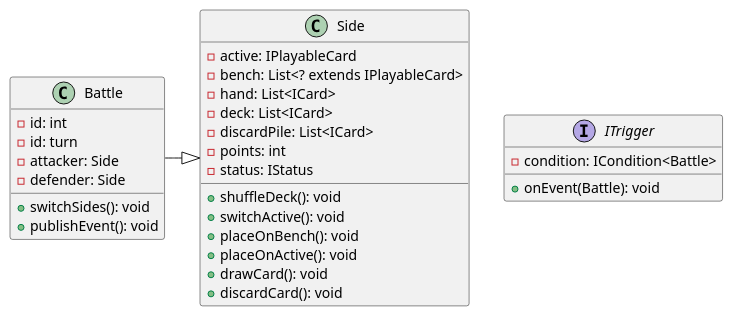
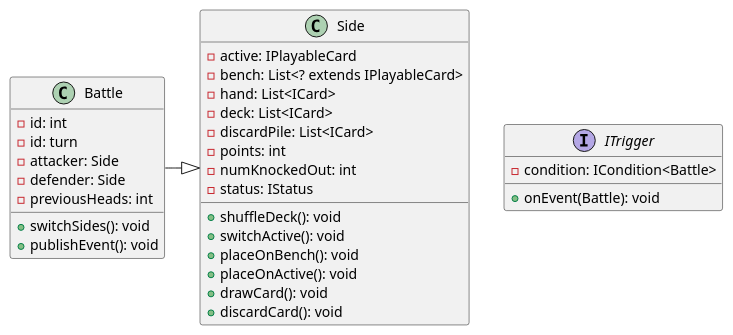
The diagram in docs/UML/Battle_Side.puml (Richie-Moon/TCGPocketBattler), drawn with PlantUML before and after one commit. The commit also changed 7 other files, not shown here.

```diff
--- a/docs/UML/Battle_Side.puml
+++ b/docs/UML/Battle_Side.puml
@@ -1,40 +1,43 @@
 @startuml
+skinparam linetype ortho
 
 class Battle {
     - id: int
     - id: turn
     - attacker: Side
     - defender: Side
+    - previousHeads: int
     
     + switchSides(): void
     + publishEvent(): void
 }
 
 class Side {
     - active: IPlayableCard
     - bench: List<? extends IPlayableCard>
     - hand: List<ICard>
     - deck: List<ICard>
     - discardPile: List<ICard>
     - points: int
+    - numKnockedOut: int
     /' Status effect: poison, paralysis, sleep, etc. 
        Maybe should be a field in ICard instead? '/
     - status: IStatus
     
     + shuffleDeck(): void
     + switchActive(): void
     + placeOnBench(): void
     + placeOnActive(): void
     + drawCard(): void
     + discardCard(): void
 }
 
 /' Battle observer '/
 interface ITrigger {
     - condition: ICondition<Battle>
     + onEvent(Battle): void
 }
 
 Battle -|> Side
 
 @enduml
```
